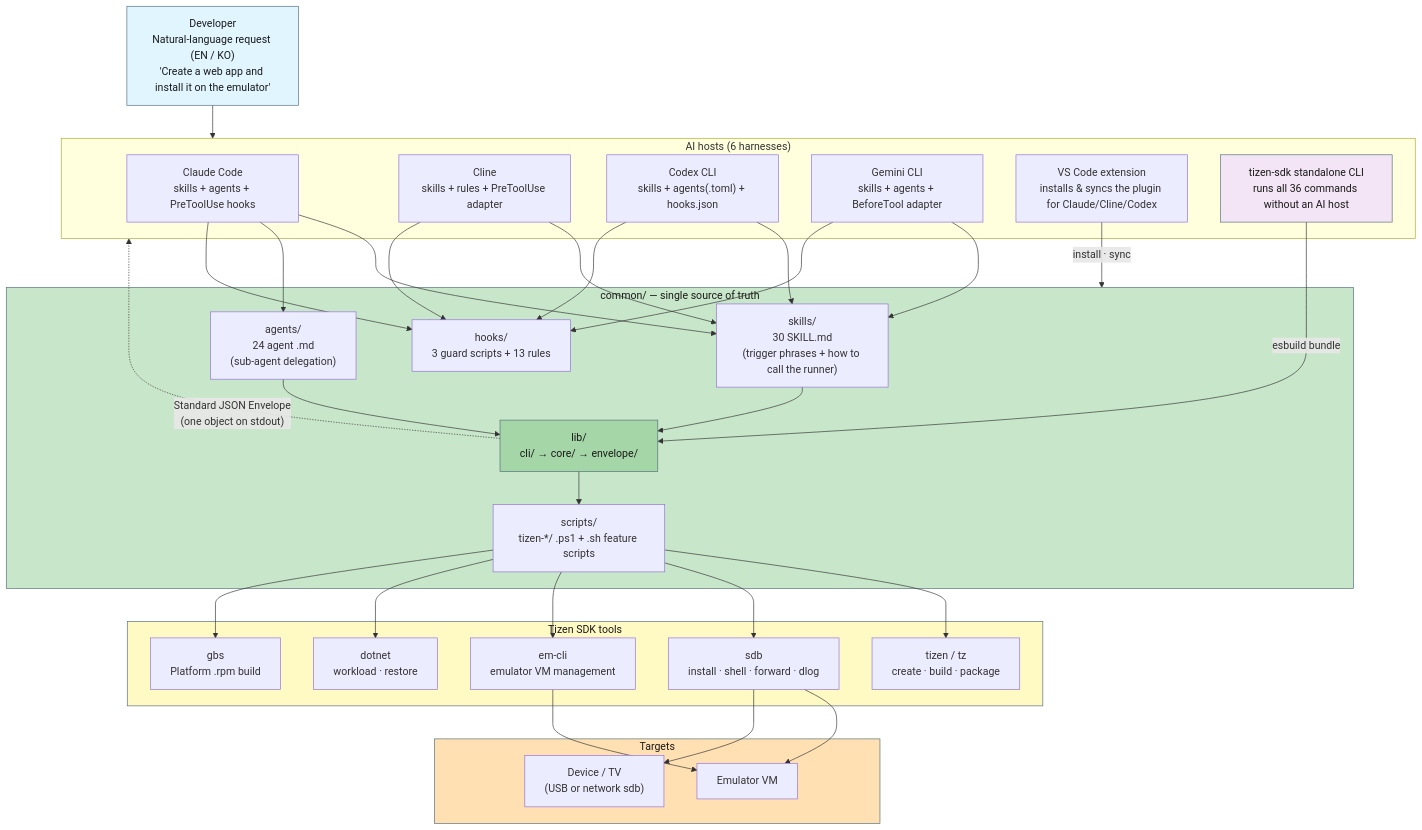
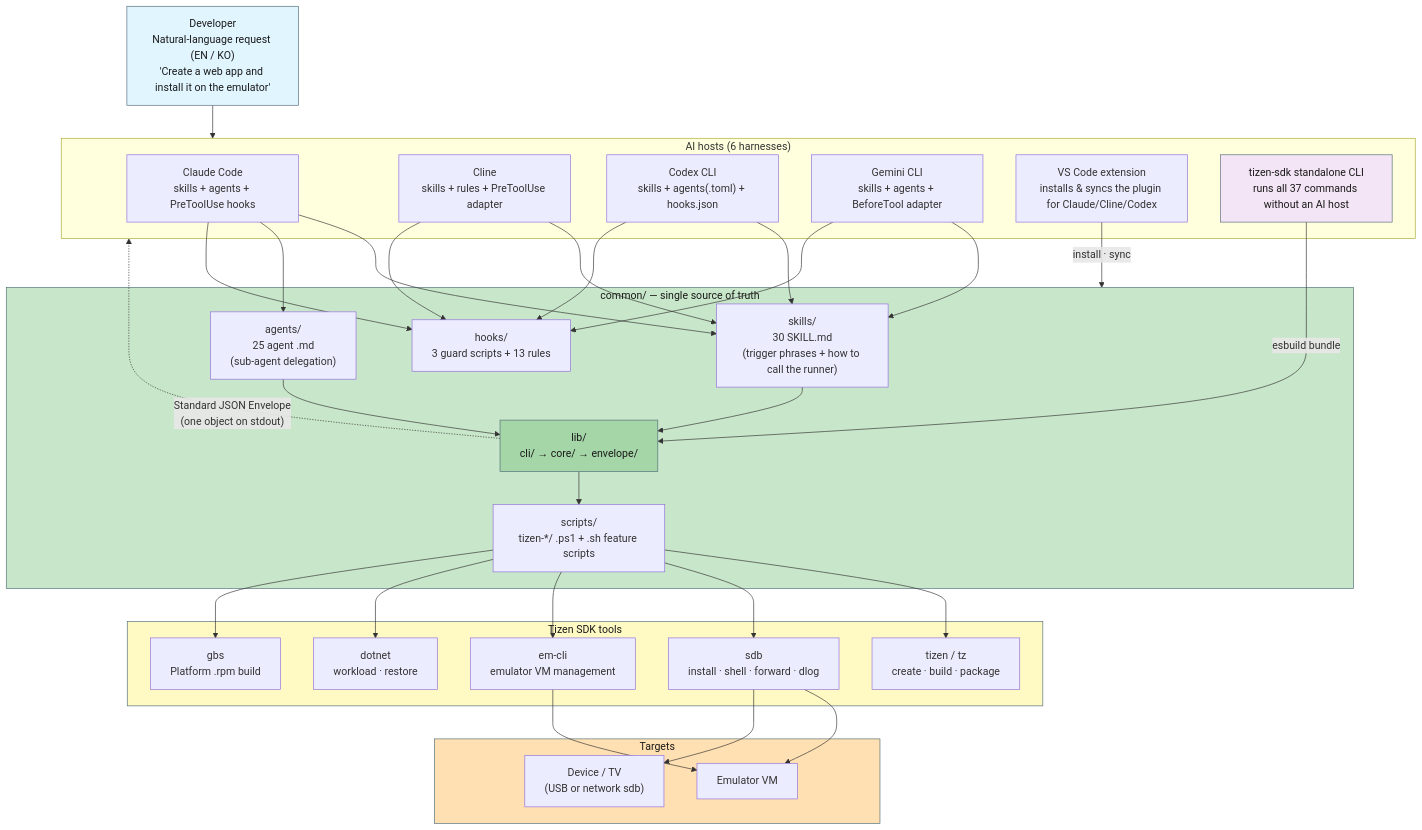
One commit to Samsung/tizen-agent-skills changed the first of 10 diagrams in tizen-sdk-skills/docs/ARCHITECTURE_DIAGRAMS.en.md. Above: the diagram before and after it, drawn with Mermaid. The commit also changed other lines of this file and 35 other files, not shown here.

First line of the commit message:
feat: add tizen-ecp skill for Emulator Control Panel commands

````diff
--- a/tizen-sdk-skills/docs/ARCHITECTURE_DIAGRAMS.en.md
+++ b/tizen-sdk-skills/docs/ARCHITECTURE_DIAGRAMS.en.md
@@ -15,55 +15,55 @@
 ```mermaid
 graph TB
     USER["Developer<br/>Natural-language request (EN / KO)<br/>'Create a web app and install it on the emulator'"]
 
     subgraph HOSTS["AI hosts (6 harnesses)"]
         CLAUDE["Claude Code<br/>skills + agents + PreToolUse hooks"]
         CLINE["Cline<br/>skills + rules + PreToolUse adapter"]
         CODEX["Codex CLI<br/>skills + agents(.toml) + hooks.json"]
         GEMINI["Gemini CLI<br/>skills + agents + BeforeTool adapter"]
         VSCODE["VS Code extension<br/>installs & syncs the plugin for Claude/Cline/Codex"]
-        CLI["tizen-sdk standalone CLI<br/>runs all 36 commands without an AI host"]
+        CLI["tizen-sdk standalone CLI<br/>runs all 37 commands without an AI host"]
     end
 
     subgraph COMMON["common/ — single source of truth"]
         SKILLS["skills/<br/>30 SKILL.md<br/>(trigger phrases + how to call the runner)"]
-        AGENTS["agents/<br/>24 agent .md<br/>(sub-agent delegation)"]
+        AGENTS["agents/<br/>25 agent .md<br/>(sub-agent delegation)"]
         HOOKS["hooks/<br/>3 guard scripts + 13 rules"]
         LIB["lib/<br/>cli/ → core/ → envelope/"]
         SCRIPTS["scripts/<br/>tizen-*/ .ps1 + .sh feature scripts"]
     end
 
     subgraph SDK["Tizen SDK tools"]
         TZ["tizen / tz<br/>create · build · package"]
         SDB["sdb<br/>install · shell · forward · dlog"]
         EMCLI["em-cli<br/>emulator VM management"]
         DOTNET["dotnet<br/>workload · restore"]
         GBS["gbs<br/>Platform .rpm build"]
     end
 
     subgraph TARGET["Targets"]
         EMU["Emulator VM"]
         DEV["Device / TV<br/>(USB or network sdb)"]
     end
 
     USER --> HOSTS
     CLAUDE & CLINE & CODEX & GEMINI --> SKILLS
     CLAUDE --> AGENTS
     CLAUDE & CLINE & CODEX & GEMINI --> HOOKS
     VSCODE -->|"install · sync"| COMMON
     SKILLS --> LIB
     AGENTS --> LIB
     CLI -->|"esbuild bundle"| LIB
     LIB --> SCRIPTS
     SCRIPTS --> TZ & SDB & EMCLI & DOTNET & GBS
     SDB --> EMU & DEV
     EMCLI --> EMU
     LIB -.->|"Standard JSON Envelope<br/>(one object on stdout)"| HOSTS
 
     style USER fill:#e1f5fe,stroke:#546e7a,color:#1a1a1a
     style COMMON fill:#c8e6c9,stroke:#546e7a,color:#1a1a1a
     style LIB fill:#a5d6a7,stroke:#546e7a,color:#1a1a1a
     style SDK fill:#fff9c4,stroke:#546e7a,color:#1a1a1a
     style TARGET fill:#ffe0b2,stroke:#546e7a,color:#1a1a1a
     style CLI fill:#f3e5f5,stroke:#546e7a,color:#1a1a1a
 ```
````
